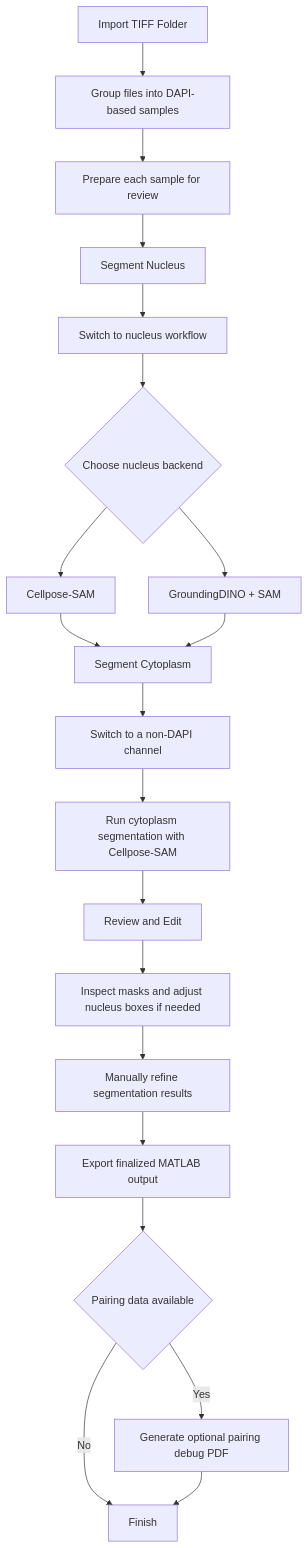
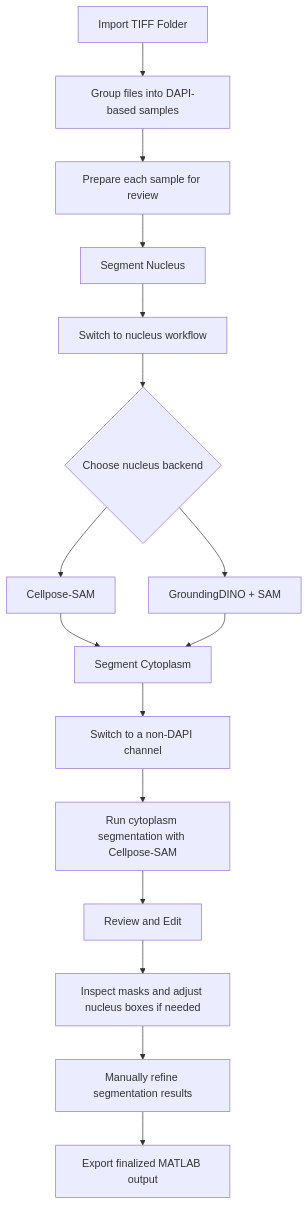
One commit to UCI-Ding-Lab/FISH-ML2 changed the diagram in fishGUI_multichannel/docs/user-guide.md. Above: the diagram before and after it, drawn with Mermaid. The commit also changed other lines of this file and 1 other file, not shown here.

Commit message:
docs: make export the final workflow step

````diff
--- a/fishGUI_multichannel/docs/user-guide.md
+++ b/fishGUI_multichannel/docs/user-guide.md
@@ -121,22 +121,18 @@
 ```mermaid
 flowchart TD
     A[Import TIFF Folder] --> B[Group files into DAPI-based samples]
     B --> C[Prepare each sample for review]
     C --> D[Segment Nucleus]
     D --> E[Switch to nucleus workflow]
     E --> F{Choose nucleus backend}
     F --> G[Cellpose-SAM]
     F --> H[GroundingDINO + SAM]
     G --> I[Segment Cytoplasm]
     H --> I
     I --> J[Switch to a non-DAPI channel]
     J --> K[Run cytoplasm segmentation with Cellpose-SAM]
     K --> L[Review and Edit]
     L --> M[Inspect masks and adjust nucleus boxes if needed]
     M --> N[Manually refine segmentation results]
     N --> O[Export finalized MATLAB output]
-    O --> P{Pairing data available}
-    P -->|Yes| Q[Generate optional pairing debug PDF]
-    P -->|No| R[Finish]
-    Q --> R
 ```
````
